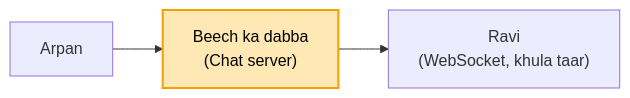
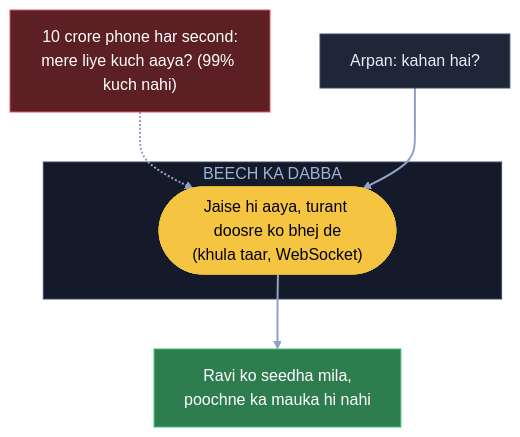
Before and after one commit to ArpanMaheshwari144/Prep: the first of 12 diagrams in 04_HLD/SYSTEM_DESIGNS/14_chat_messaging/14_chat_messaging.md, drawn with Mermaid. The commit also changed other lines of this file, not shown here.

Commit message:
Chat: 12 diagram hand notes ke shabdon se

````diff
--- a/04_HLD/SYSTEM_DESIGNS/14_chat_messaging/14_chat_messaging.md
+++ b/04_HLD/SYSTEM_DESIGNS/14_chat_messaging/14_chat_messaging.md
@@ -35,6 +35,18 @@
 ```mermaid
-flowchart LR
-    A["Arpan"] --> S["Beech ka dabba<br/>(Chat server)"]
-    S --> R["Ravi<br/>(WebSocket, khula taar)"]
-    style S fill:#ffe8b3,stroke:#f59f00,stroke-width:2px,color:#000
+flowchart TB
+    X["10 crore phone har second:<br/>mere liye kuch aaya? (99% kuch nahi)"]:::bad
+    A["Arpan: kahan hai?"]:::card
+    subgraph BD["BEECH KA DABBA"]
+        W(["Jaise hi aaya, turant doosre ko bhej de<br/>(khula taar, WebSocket)"]):::pill
+    end
+    R["Ravi ko seedha mila,<br/>poochne ka mauka hi nahi"]:::good
+    X -.-> W
+    A --> W
+    W --> R
+    linkStyle default stroke:#8fa3c7,stroke-width:2px
+    classDef card fill:#1e2638,stroke:#3a4a6b,color:#e8ecf5
+    classDef pill fill:#f5c542,stroke:#f5c542,color:#000
+    classDef good fill:#2e7d4f,stroke:#3fbf6f,color:#fff
+    classDef bad fill:#5c1f24,stroke:#e05561,color:#fff
+    style BD fill:#141a29,stroke:#3a4a6b,color:#9fb3d9
 ```
````
